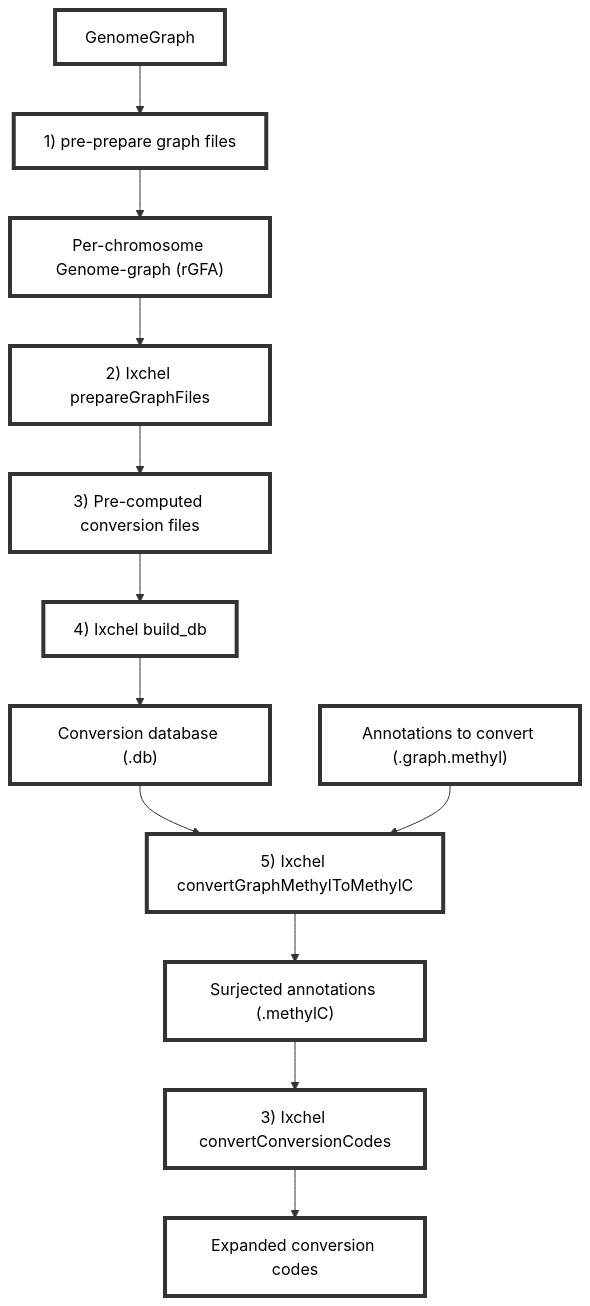
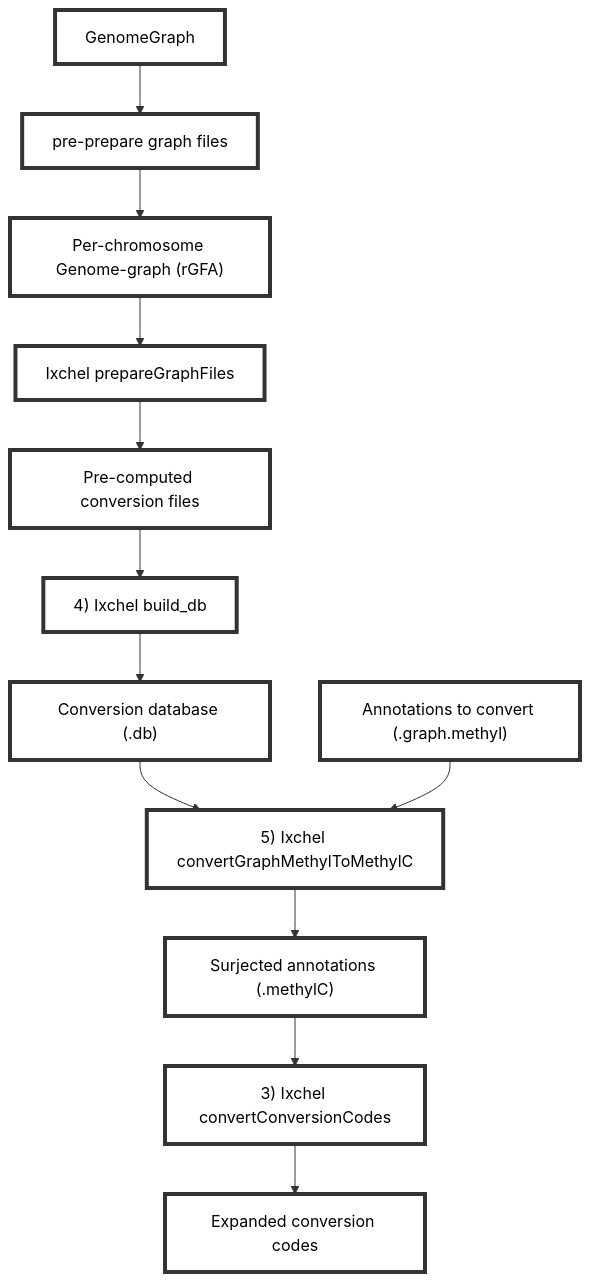
Before and after one commit to twlab/Ixchel: the diagram in README.md, drawn with Mermaid.

Commit message:
Refine flowchart labels in README.md for clarity

````diff
--- a/README.md
+++ b/README.md
@@ -25,16 +25,16 @@
 ```mermaid
 flowchart TB
-    GenomeGraph --> Step1["1) pre-prepare graph files"]
+    GenomeGraph --> Step1["pre-prepare graph files"]
     Step1 --> Chromgraph["Per-chromosome Genome-graph (rGFA)"]
-    Chromgraph --> IxchelPrep["2) Ixchel prepareGraphFiles"]
-    IxchelPrep --> GraphFiles["3) Pre-computed conversion files"]
+    Chromgraph --> IxchelPrep["Ixchel prepareGraphFiles"]
+    IxchelPrep --> GraphFiles["Pre-computed conversion files"]
     GraphFiles --> Ixchelbuild_db["4) Ixchel build_db"]
     Ixchelbuild_db --> LookupDB["Conversion database (.db)"]
     LookupDB --> IxchelSurject["5) Ixchel convertGraphMethylToMethylC"]
     Annotations["Annotations to convert (.graph.methyl)"] --> IxchelSurject
     IxchelSurject --> SurjectedAnnotations["Surjected annotations (.methylC)"]
     SurjectedAnnotations --> IxchelInterpretCodes["3) Ixchel convertConversionCodes"]
     IxchelInterpretCodes --> ExpandedCodes["Expanded conversion codes"]
     
     classDef default fill:#fff,stroke:#333,stroke-width:4px,color:black;
 ```
````
